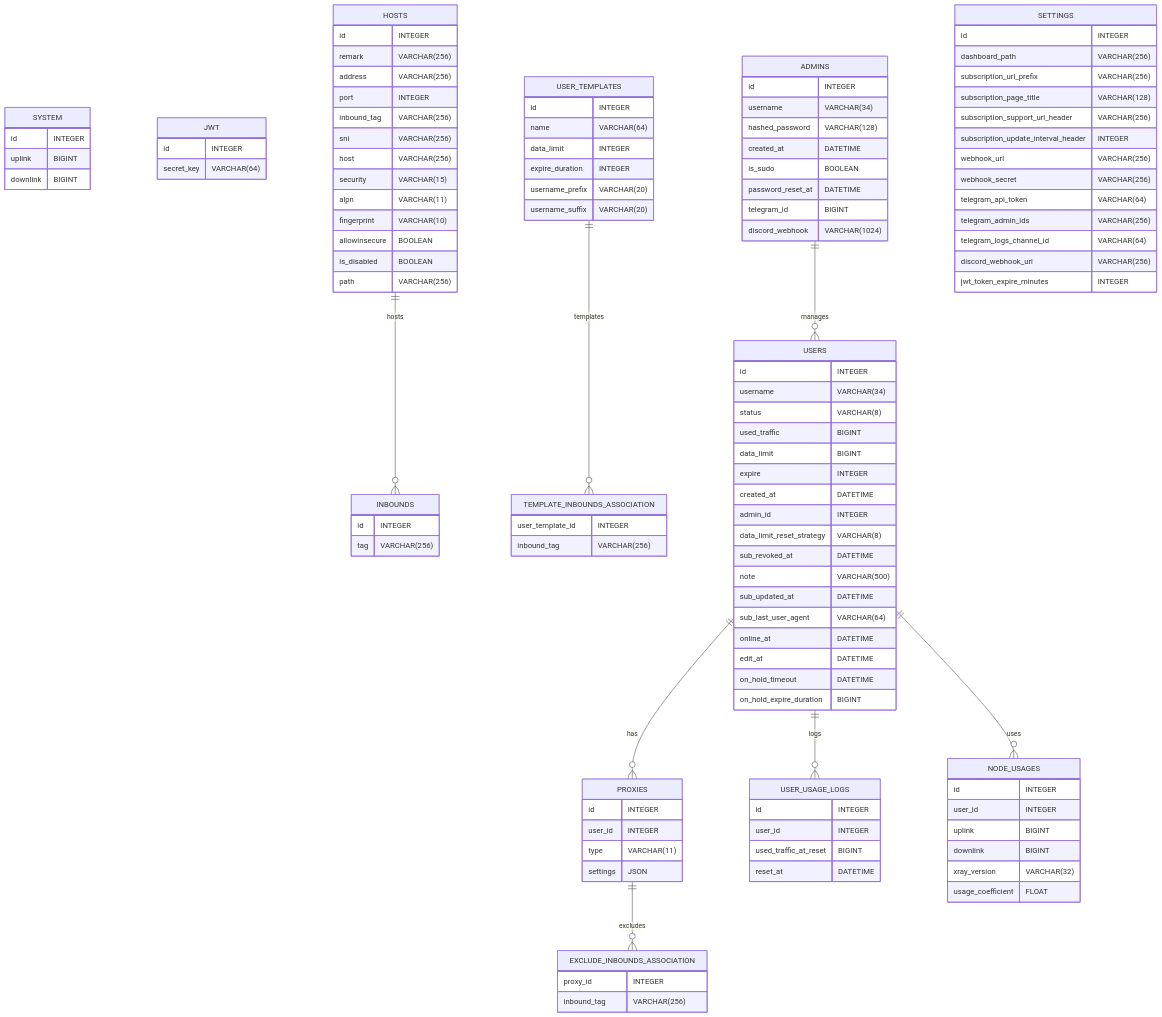
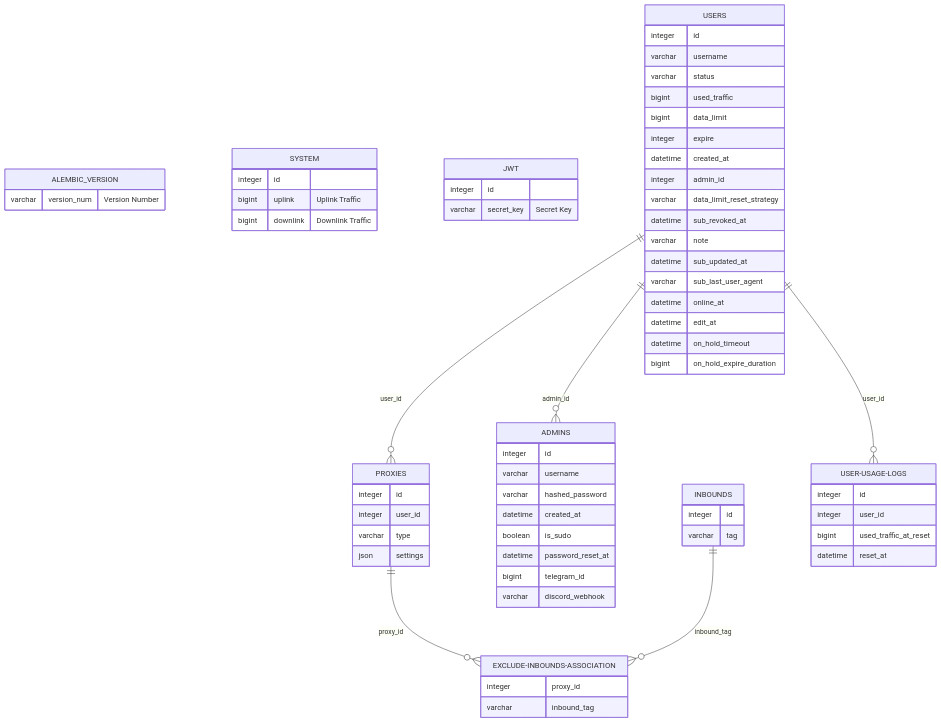
The first of 2 diagrams in advanced/routing.md (sm1ky/old.marzban.dev), drawn with Mermaid before and after one commit.

````diff
--- a/advanced/routing.md
+++ b/advanced/routing.md
@@ -16,119 +16,78 @@
 ```mermaid
 erDiagram
-    SYSTEM {
-        id INTEGER
-        uplink BIGINT
-        downlink BIGINT
-    }
-    JWT {
-        id INTEGER
-        secret_key VARCHAR(64)
-    }
-    PROXIES {
-        id INTEGER
-        user_id INTEGER
-        type VARCHAR(11)
-        settings JSON
-    }
-    ADMINS {
-        id INTEGER
-        username VARCHAR(34)
-        hashed_password VARCHAR(128)
-        created_at DATETIME
-        is_sudo BOOLEAN
-        password_reset_at DATETIME
-        telegram_id BIGINT
-        discord_webhook VARCHAR(1024)
-    }
-    INBOUNDS {
-        id INTEGER
-        tag VARCHAR(256)
-    }
-    EXCLUDE_INBOUNDS_ASSOCIATION {
-        proxy_id INTEGER
-        inbound_tag VARCHAR(256)
-    }
-    USER_USAGE_LOGS {
-        id INTEGER
-        user_id INTEGER
-        used_traffic_at_reset BIGINT
-        reset_at DATETIME
-    }
-    HOSTS {
-        id INTEGER
-        remark VARCHAR(256)
-        address VARCHAR(256)
-        port INTEGER
-        inbound_tag VARCHAR(256)
-        sni VARCHAR(256)
-        host VARCHAR(256)
-        security VARCHAR(15)
-        alpn VARCHAR(11)
-        fingerprint VARCHAR(10)
-        allowinsecure BOOLEAN
-        is_disabled BOOLEAN
-        path VARCHAR(256)
-    }
-    TEMPLATE_INBOUNDS_ASSOCIATION {
-        user_template_id INTEGER
-        inbound_tag VARCHAR(256)
-    }
-    NODE_USAGES {
-        id INTEGER
-        user_id INTEGER
-        uplink BIGINT
-        downlink BIGINT
-        xray_version VARCHAR(32)
-        usage_coefficient FLOAT
-    }
-    USER_TEMPLATES {
-        id INTEGER
-        name VARCHAR(64)
-        data_limit INTEGER
-        expire_duration INTEGER
-        username_prefix VARCHAR(20)
-        username_suffix VARCHAR(20)
-    }
-    USERS {
-        id INTEGER
-        username VARCHAR(34)
-        status VARCHAR(8)
-        used_traffic BIGINT
-        data_limit BIGINT
-        expire INTEGER
-        created_at DATETIME
-        admin_id INTEGER
-        data_limit_reset_strategy VARCHAR(8)
-        sub_revoked_at DATETIME
-        note VARCHAR(500)
-        sub_updated_at DATETIME
-        sub_last_user_agent VARCHAR(64)
-        online_at DATETIME
-        edit_at DATETIME
-        on_hold_timeout DATETIME
-        on_hold_expire_duration BIGINT
-    }
-    SETTINGS {
-        id INTEGER
-        dashboard_path VARCHAR(256)
-        subscription_url_prefix VARCHAR(256)
-        subscription_page_title VARCHAR(128)
-        subscription_support_url_header VARCHAR(256)
-        subscription_update_interval_header INTEGER
-        webhook_url VARCHAR(256)
-        webhook_secret VARCHAR(256)
-        telegram_api_token VARCHAR(64)
-        telegram_admin_ids VARCHAR(256)
-        telegram_logs_channel_id VARCHAR(64)
-        discord_webhook_url VARCHAR(256)
-        jwt_token_expire_minutes INTEGER
+    ALEMBIC_VERSION {
+        varchar version_num "Version Number"
     }
 
-    USERS ||--o{ PROXIES : "has"
-    ADMINS ||--o{ USERS : "manages"
-    USERS ||--o{ USER_USAGE_LOGS : "logs"
-    PROXIES ||--o{ EXCLUDE_INBOUNDS_ASSOCIATION : "excludes"
-    HOSTS ||--o{ INBOUNDS : "hosts"
-    USER_TEMPLATES ||--o{ TEMPLATE_INBOUNDS_ASSOCIATION : "templates"
-    USERS ||--o{ NODE_USAGES : "uses"
+    SYSTEM {
+        integer id
+        bigint uplink "Uplink Traffic"
+        bigint downlink "Downlink Traffic"
+    }
+
+    JWT {
+        integer id
+        varchar secret_key "Secret Key"
+    }
+
+    PROXIES {
+        integer id
+        integer user_id
+        varchar type
+        json settings
+    }
+
+    ADMINS {
+        integer id
+        varchar username
+        varchar hashed_password
+        datetime created_at
+        boolean is_sudo
+        datetime password_reset_at
+        bigint telegram_id
+        varchar discord_webhook
+    }
+
+    INBOUNDS {
+        integer id
+        varchar tag
+    }
+
+    EXCLUDE-INBOUNDS-ASSOCIATION {
+        integer proxy_id
+        varchar inbound_tag
+    }
+
+    USER-USAGE-LOGS {
+        integer id
+        integer user_id
+        bigint used_traffic_at_reset
+        datetime reset_at
+    }
+
+    USERS {
+        integer id
+        varchar username
+        varchar status
+        bigint used_traffic
+        bigint data_limit
+        integer expire
+        datetime created_at
+        integer admin_id
+        varchar data_limit_reset_strategy
+        datetime sub_revoked_at
+        varchar note
+        datetime sub_updated_at
+        varchar sub_last_user_agent
+        datetime online_at
+        datetime edit_at
+        datetime on_hold_timeout
+        bigint on_hold_expire_duration
+    }
+
+    USERS ||--o{ ADMINS : "admin_id"
+    USERS ||--o{ PROXIES : "user_id"
+    PROXIES ||--o{ EXCLUDE-INBOUNDS-ASSOCIATION : "proxy_id"
+    INBOUNDS ||--o{ EXCLUDE-INBOUNDS-ASSOCIATION : "inbound_tag"
+    USERS ||--o{ USER-USAGE-LOGS : "user_id"
 ```
````
